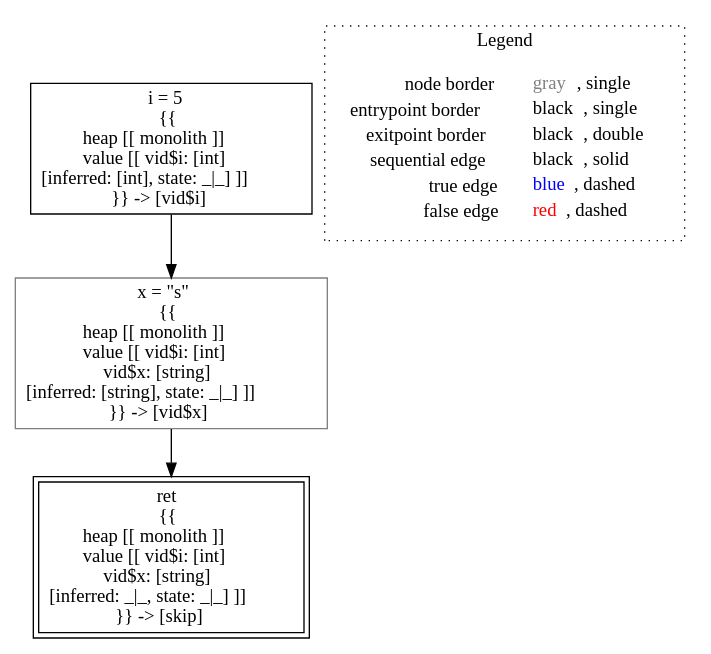
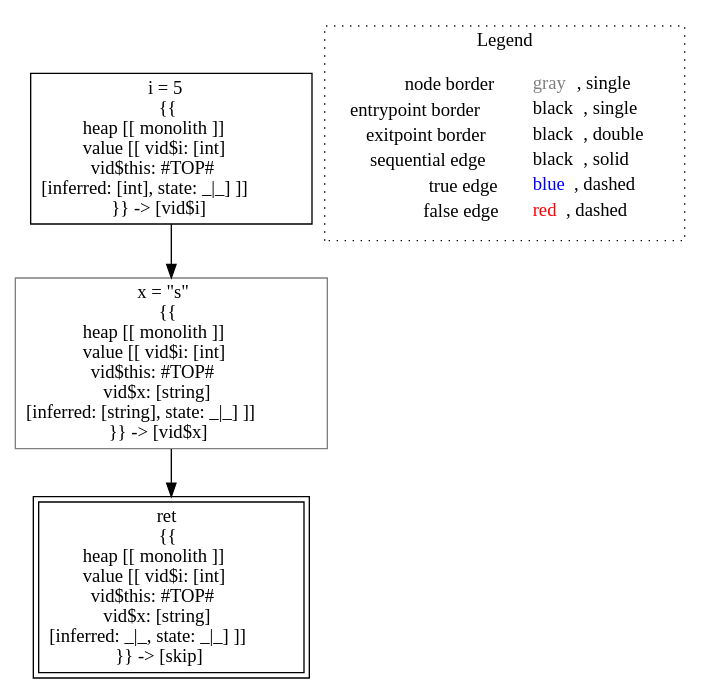
The diagram in lisa/imp-testcases/type-inference/typing___untyped_typing.test1(typing_this).dot (lisa-analyzer/lisa), drawn with Graphviz before and after one commit. The commit also changed 45 other files, not shown here.

```diff
--- a/lisa/imp-testcases/type-inference/typing___untyped_typing.test1(typing_this).dot
+++ b/lisa/imp-testcases/type-inference/typing___untyped_typing.test1(typing_this).dot
@@ -1,14 +1,14 @@
 digraph {
-	"node0" [shape="rect",color="black",label=<i = 5<BR/>{{<BR/>heap [[ monolith ]]<BR/>value [[ vid$i: [int]<BR/>[inferred: [int], state: _|_] ]]<BR/>}} -&gt; [vid$i]>];
-	"node1" [shape="rect",color="gray",label=<x = &quot;s&quot;<BR/>{{<BR/>heap [[ monolith ]]<BR/>value [[ vid$i: [int]<BR/>vid$x: [string]<BR/>[inferred: [string], state: _|_] ]]<BR/>}} -&gt; [vid$x]>];
-	"node2" [shape="rect",color="black",peripheries="2",label=<ret<BR/>{{<BR/>heap [[ monolith ]]<BR/>value [[ vid$i: [int]<BR/>vid$x: [string]<BR/>[inferred: _|_, state: _|_] ]]<BR/>}} -&gt; [skip]>];
+	"node0" [shape="rect",color="black",label=<i = 5<BR/>{{<BR/>heap [[ monolith ]]<BR/>value [[ vid$i: [int]<BR/>vid$this: #TOP#<BR/>[inferred: [int], state: _|_] ]]<BR/>}} -&gt; [vid$i]>];
+	"node1" [shape="rect",color="gray",label=<x = &quot;s&quot;<BR/>{{<BR/>heap [[ monolith ]]<BR/>value [[ vid$i: [int]<BR/>vid$this: #TOP#<BR/>vid$x: [string]<BR/>[inferred: [string], state: _|_] ]]<BR/>}} -&gt; [vid$x]>];
+	"node2" [shape="rect",color="black",peripheries="2",label=<ret<BR/>{{<BR/>heap [[ monolith ]]<BR/>value [[ vid$i: [int]<BR/>vid$this: #TOP#<BR/>vid$x: [string]<BR/>[inferred: _|_, state: _|_] ]]<BR/>}} -&gt; [skip]>];
+	"node0" -> "node1" [color="black"];
 	"node1" -> "node2" [color="black"];
-	"node0" -> "node1" [color="black"];
 subgraph cluster_legend {
 	label="Legend";
 	style=dotted;
 	node [shape=plaintext];
 	"legend" [label=<<table border="0" cellpadding="2" cellspacing="0" cellborder="0"><tr><td align="right">node border&nbsp;</td><td align="left"><font color="gray">gray</font>, single</td></tr><tr><td align="right">entrypoint border&nbsp;</td><td align="left"><font color="black">black</font>, single</td></tr><tr><td align="right">exitpoint border&nbsp;</td><td align="left"><font color="black">black</font>, double</td></tr><tr><td align="right">sequential edge&nbsp;</td><td align="left"><font color="black">black</font>, solid</td></tr><tr><td align="right">true edge&nbsp;</td><td align="left"><font color="blue">blue</font>, dashed</td></tr><tr><td align="right">false edge&nbsp;</td><td align="left"><font color="red">red</font>, dashed</td></tr></table>>];
 }
 
 }
```
